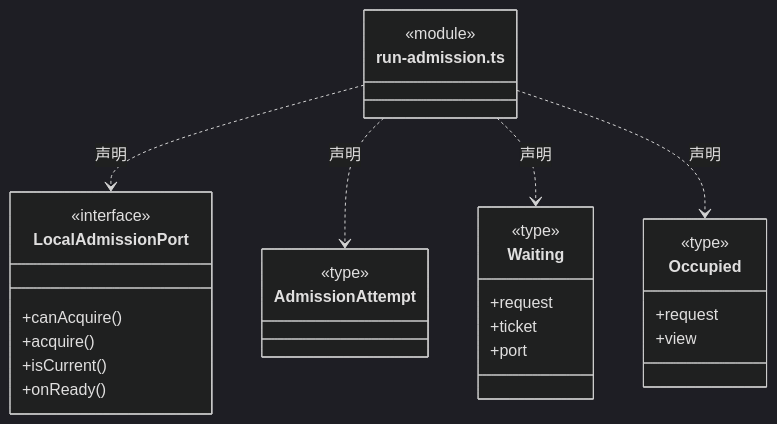
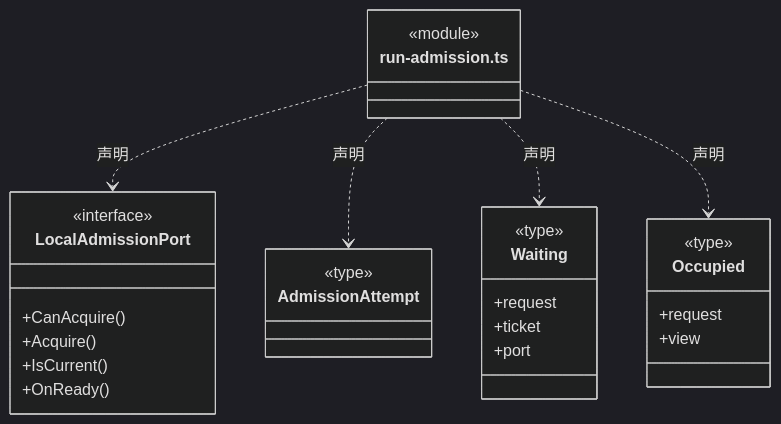
One commit to nan023062/cbim changed the second of 5 diagrams in src/logic/execution/admission/ARCHITECTURE.md. Above: the diagram before and after it, drawn with Mermaid (dark theme). The commit also changed other lines of this file and 1035 other files, not shown here.

````diff
--- a/src/logic/execution/admission/ARCHITECTURE.md
+++ b/src/logic/execution/admission/ARCHITECTURE.md
@@ -54,32 +54,32 @@
 ```mermaid
 classDiagram
 class N_src_logic_execution_admission_run_admission_ts["run-admission.ts"] {
   <<module>>
 }
 class N_src_logic_execution_admission_run_admission_ts_LocalAdmissionPort["LocalAdmissionPort"] {
   <<interface>>
-  +canAcquire()
-  +acquire()
-  +isCurrent()
-  +onReady()
+  +CanAcquire()
+  +Acquire()
+  +IsCurrent()
+  +OnReady()
 }
 N_src_logic_execution_admission_run_admission_ts ..> N_src_logic_execution_admission_run_admission_ts_LocalAdmissionPort : 声明
 class N_src_logic_execution_admission_run_admission_ts_AdmissionAttempt["AdmissionAttempt"] {
   <<type>>
 
 }
 N_src_logic_execution_admission_run_admission_ts ..> N_src_logic_execution_admission_run_admission_ts_AdmissionAttempt : 声明
 class N_src_logic_execution_admission_run_admission_ts_Waiting["Waiting"] {
   <<type>>
   +request
   +ticket
   +port
 }
 N_src_logic_execution_admission_run_admission_ts ..> N_src_logic_execution_admission_run_admission_ts_Waiting : 声明
 class N_src_logic_execution_admission_run_admission_ts_Occupied["Occupied"] {
   <<type>>
   +request
   +view
 }
 N_src_logic_execution_admission_run_admission_ts ..> N_src_logic_execution_admission_run_admission_ts_Occupied : 声明
 ```
````
